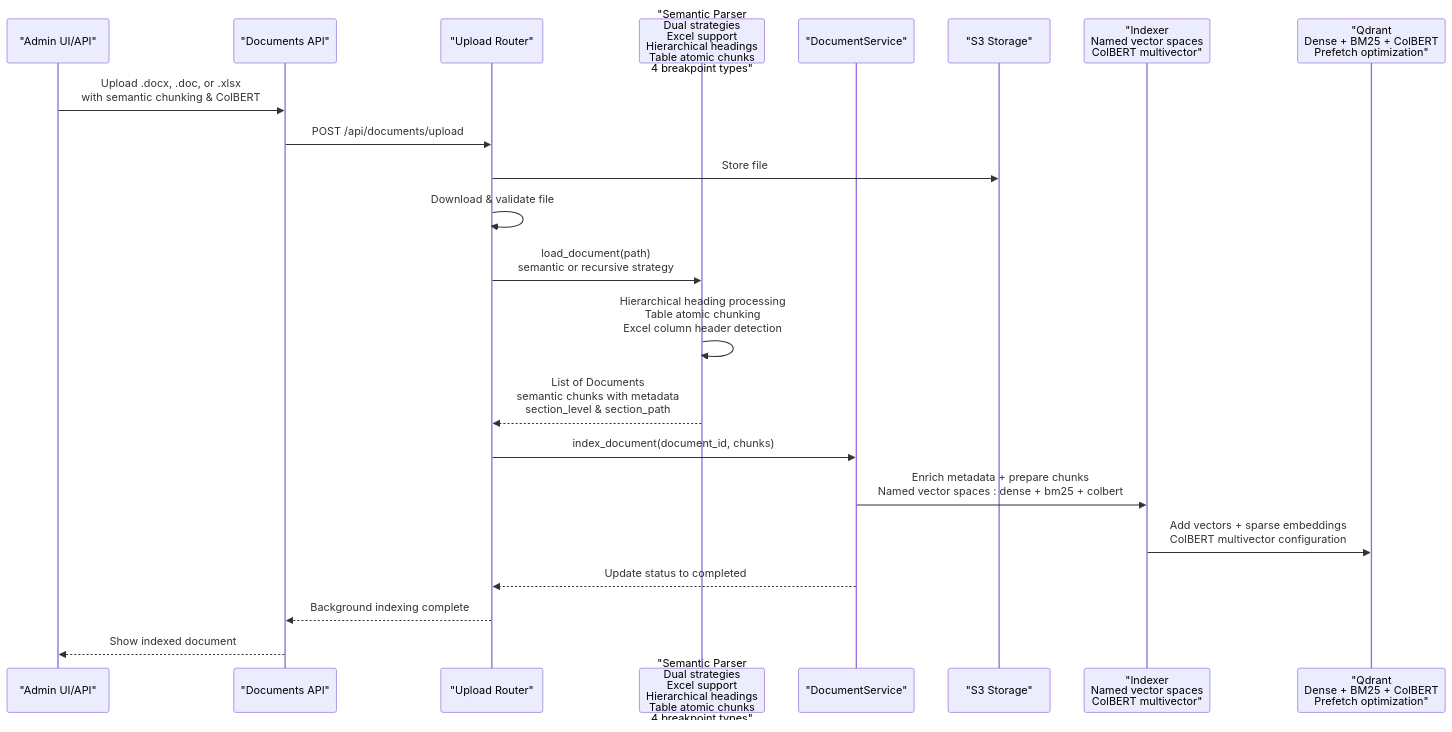
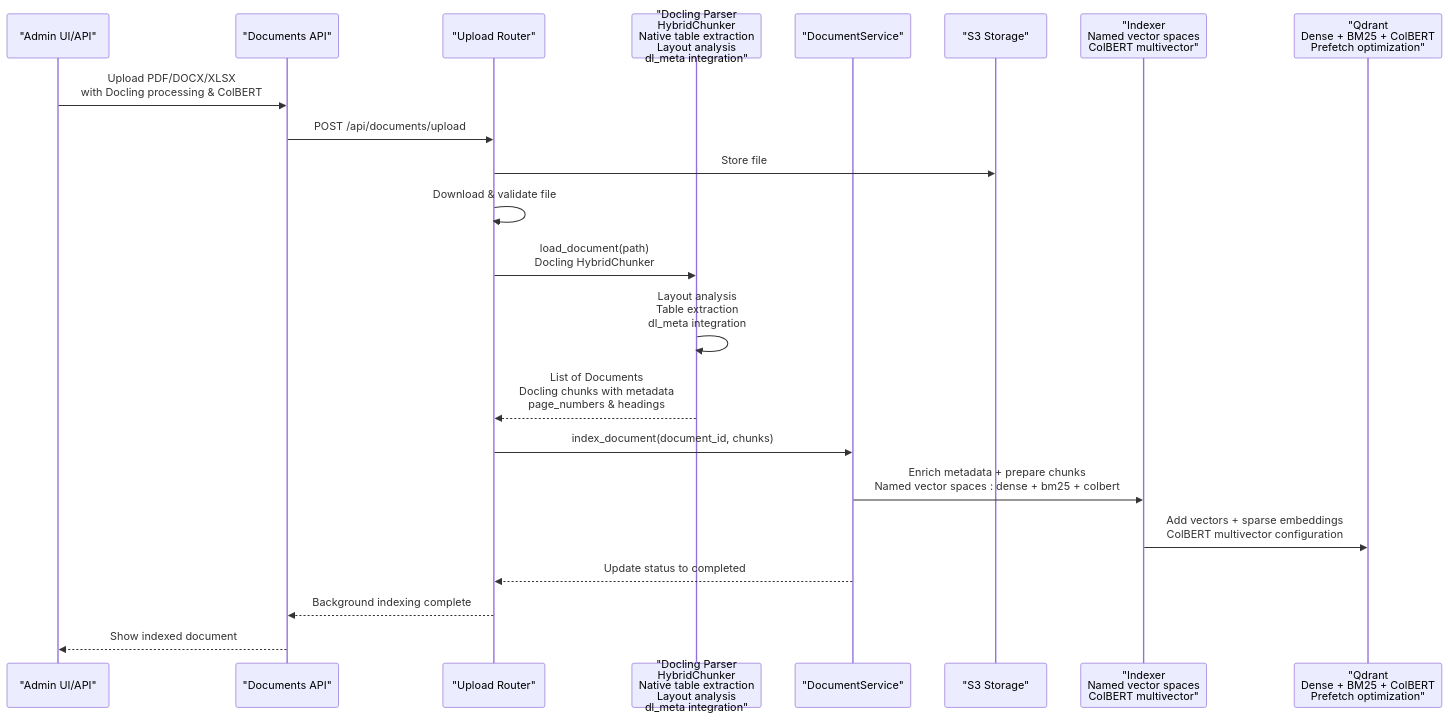
Before and after one commit to ognelis/cafetera_hr_bot: the second of 12 diagrams in .qoder/repowiki/en/content/RAG Integration/RAG Parser Enhancement.md, drawn with Mermaid. The commit also changed other lines of this file and 5 other files, not shown here.

````diff
--- a/.qoder/repowiki/en/content/RAG Integration/RAG Parser Enhancement.md
+++ b/.qoder/repowiki/en/content/RAG Integration/RAG Parser Enhancement.md
@@ -242,24 +173,24 @@
 ```mermaid
 sequenceDiagram
 participant Admin as "Admin UI/API"
 participant API as "Documents API"
 participant Upload as "Upload Router"
-participant Parser as "Semantic Parser<br/>Dual strategies<br/>Excel support<br/>Hierarchical headings<br/>Table atomic chunks<br/>4 breakpoint types"
+participant Parser as "Docling Parser<br/>HybridChunker<br/>Native table extraction<br/>Layout analysis<br/>dl_meta integration"
 participant Service as "DocumentService"
 participant S3 as "S3 Storage"
 participant Indexer as "Indexer<br/>Named vector spaces<br/>ColBERT multivector"
 participant Qdrant as "Qdrant<br/>Dense + BM25 + ColBERT<br/>Prefetch optimization"
-Admin->>API : Upload .docx, .doc, or .xlsx<br/>with semantic chunking & ColBERT
+Admin->>API : Upload PDF/DOCX/XLSX<br/>with Docling processing & ColBERT
 API->>Upload : POST /api/documents/upload
 Upload->>S3 : Store file
 Upload->>Upload : Download & validate file
-Upload->>Parser : load_document(path)<br/>semantic or recursive strategy
-Parser->>Parser : Hierarchical heading processing<br/>Table atomic chunking<br/>Excel column header detection
-Parser-->>Upload : List of Documents<br/>semantic chunks with metadata<br/>section_level & section_path
+Upload->>Parser : load_document(path)<br/>Docling HybridChunker
+Parser->>Parser : Layout analysis<br/>Table extraction<br/>dl_meta integration
+Parser-->>Upload : List of Documents<br/>Docling chunks with metadata<br/>page_numbers & headings
 Upload->>Service : index_document(document_id, chunks)
 Service->>Indexer : Enrich metadata + prepare chunks<br/>Named vector spaces : dense + bm25 + colbert
 Indexer->>Qdrant : Add vectors + sparse embeddings<br/>ColBERT multivector configuration
 Service-->>Upload : Update status to completed
 Upload-->>API : Background indexing complete
 API-->>Admin : Show indexed document
 ```
````
